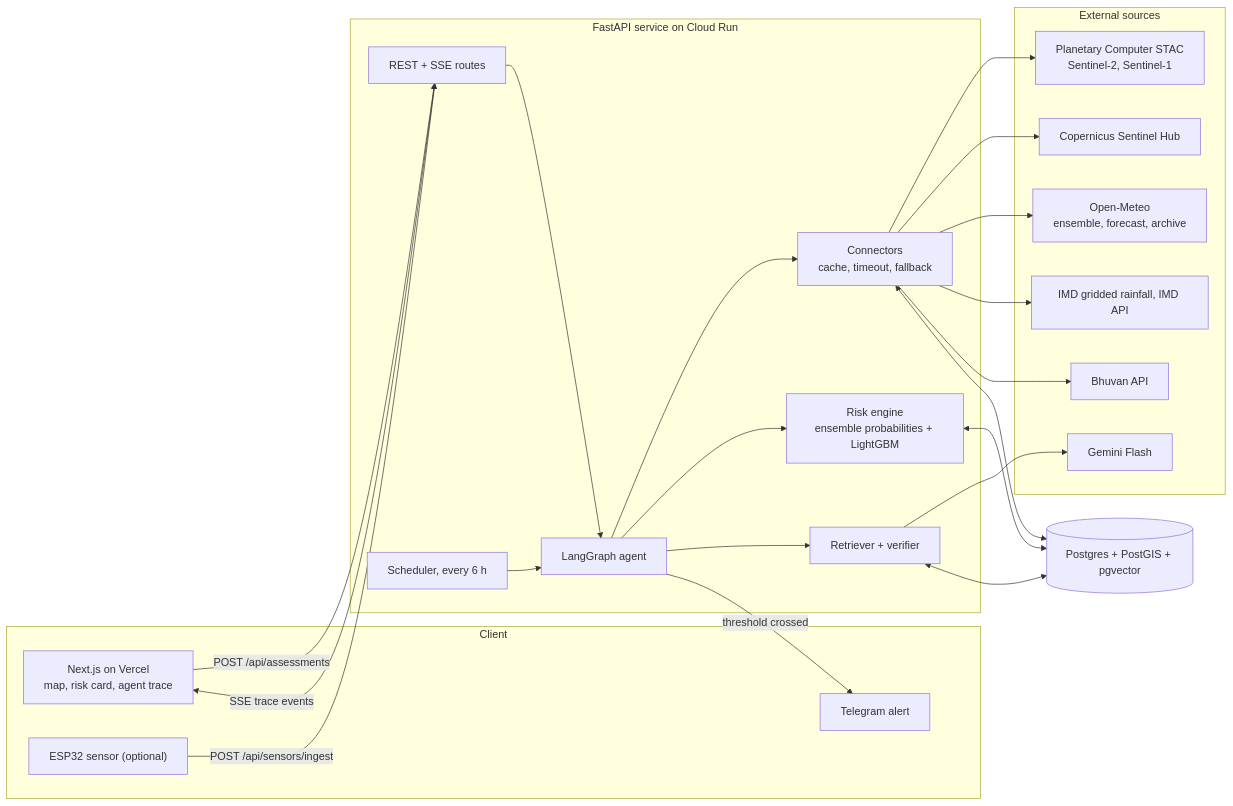
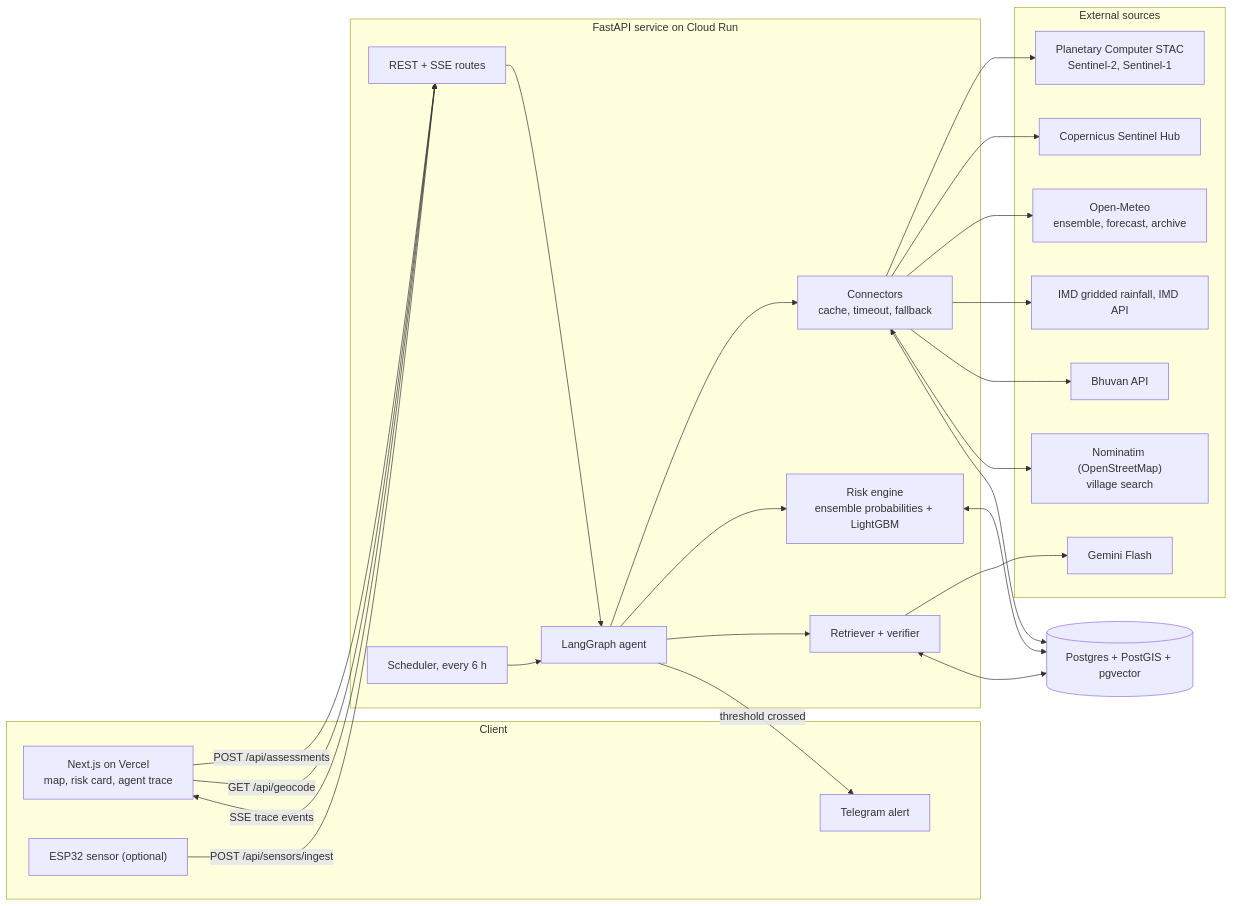
The first of 2 diagrams in docs/ARCHITECTURE.md (ZaroCoding/KhetiKavach), drawn with Mermaid before and after one commit. The commit also changed other lines of this file and 49 other files, not shown here.

First line of the commit message:
Phase 2: database schema, typed contracts, stub routers

````diff
--- a/docs/ARCHITECTURE.md
+++ b/docs/ARCHITECTURE.md
@@ -10,43 +10,46 @@
 ```mermaid
 flowchart LR
   subgraph Client
     UI["Next.js on Vercel<br/>map, risk card, agent trace"]
     TG["Telegram alert"]
     ESP["ESP32 sensor (optional)"]
   end
   subgraph API["FastAPI service on Cloud Run"]
     R["REST + SSE routes"]
     AG["LangGraph agent"]
     RE["Risk engine<br/>ensemble probabilities + LightGBM"]
     RG["Retriever + verifier"]
     SC["Scheduler, every 6 h"]
     CN["Connectors<br/>cache, timeout, fallback"]
   end
   DB[("Postgres + PostGIS + pgvector")]
   subgraph Ext["External sources"]
     PC["Planetary Computer STAC<br/>Sentinel-2, Sentinel-1"]
     SH["Copernicus Sentinel Hub"]
     OM["Open-Meteo<br/>ensemble, forecast, archive"]
     IMD["IMD gridded rainfall, IMD API"]
     BH["Bhuvan API"]
+    NM["Nominatim (OpenStreetMap)<br/>village search"]
     GM["Gemini Flash"]
   end
   UI -->|"POST /api/assessments"| R
+  UI -->|"GET /api/geocode"| R
   R -->|"SSE trace events"| UI
   ESP -->|"POST /api/sensors/ingest"| R
   R --> AG
   SC --> AG
   AG --> CN
   AG --> RE
   AG --> RG
   RG --> GM
   CN --> PC
   CN --> SH
   CN --> OM
   CN --> IMD
   CN --> BH
+  CN --> NM
   CN <--> DB
   RE <--> DB
   RG <--> DB
   AG -->|"threshold crossed"| TG
 ```
````
